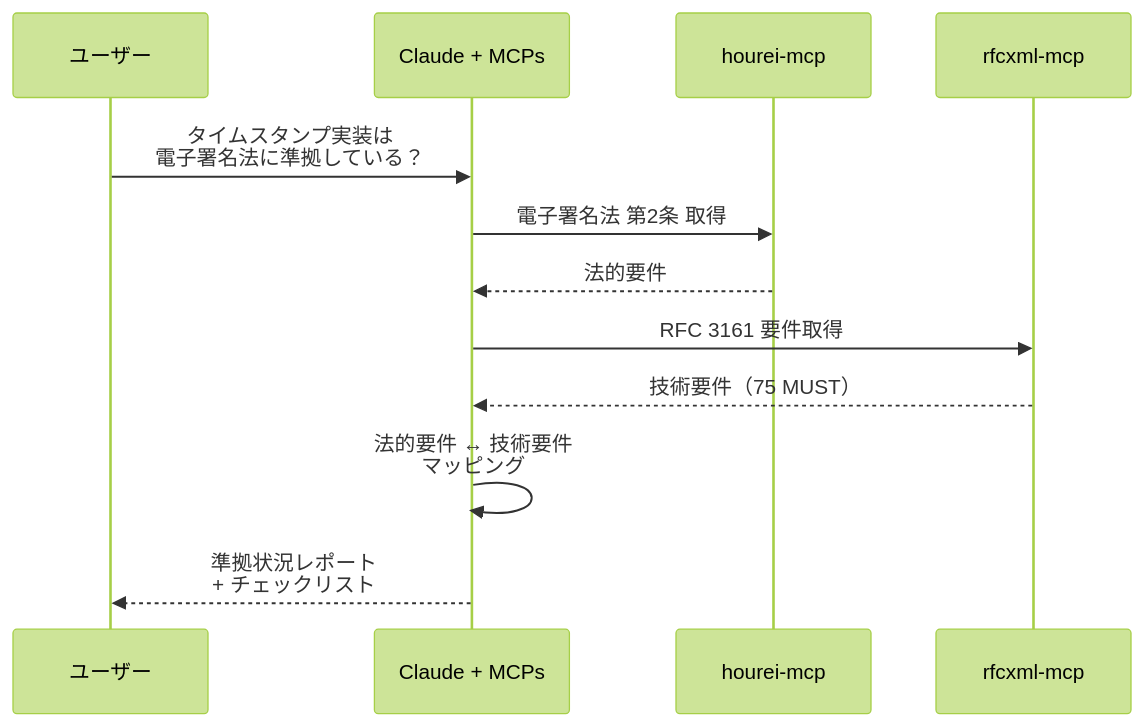
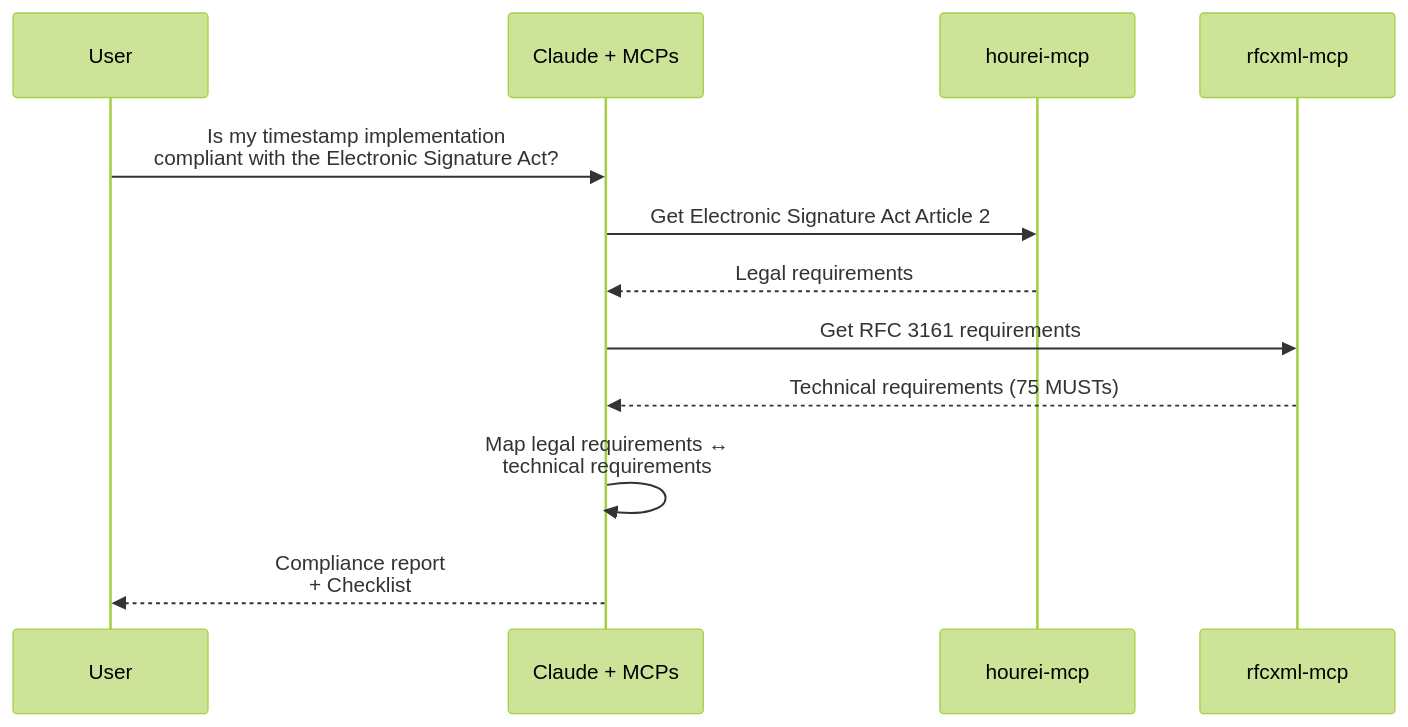
Diagram 14 of 15 in docs/concepts/02-reference-sources.md (shuji-bonji/ai-agent-architecture), drawn with Mermaid (forest theme) before and after one commit. The commit also changed other lines of this file and 42 other files, not shown here.

````diff
--- a/docs/concepts/02-reference-sources.md
+++ b/docs/concepts/02-reference-sources.md
@@ -588,15 +590,15 @@
 ```mermaid
 sequenceDiagram
-    participant User as ユーザー
+    participant User as User
     participant AI as Claude + MCPs
     participant Hourei as hourei-mcp
     participant RFC as rfcxml-mcp
 
-    User->>AI: タイムスタンプ実装は<br/>電子署名法に準拠している？
-    AI->>Hourei: 電子署名法 第2条 取得
-    Hourei-->>AI: 法的要件
-    AI->>RFC: RFC 3161 要件取得
-    RFC-->>AI: 技術要件（75 MUST）
-    AI->>AI: 法的要件 ↔ 技術要件<br/>マッピング
-    AI-->>User: 準拠状況レポート<br/>+ チェックリスト
+    User->>AI: Is my timestamp implementation<br/>compliant with the Electronic Signature Act?
+    AI->>Hourei: Get Electronic Signature Act Article 2
+    Hourei-->>AI: Legal requirements
+    AI->>RFC: Get RFC 3161 requirements
+    RFC-->>AI: Technical requirements (75 MUSTs)
+    AI->>AI: Map legal requirements ↔<br/>technical requirements
+    AI-->>User: Compliance report<br/>+ Checklist
 ```
````
